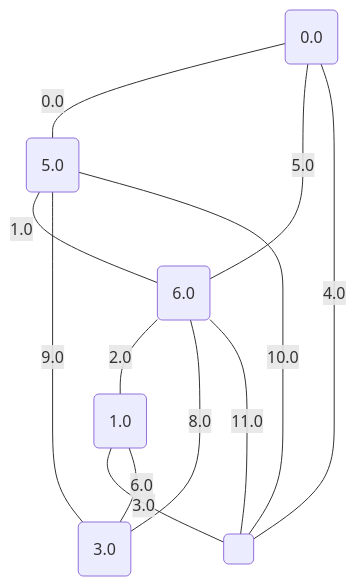
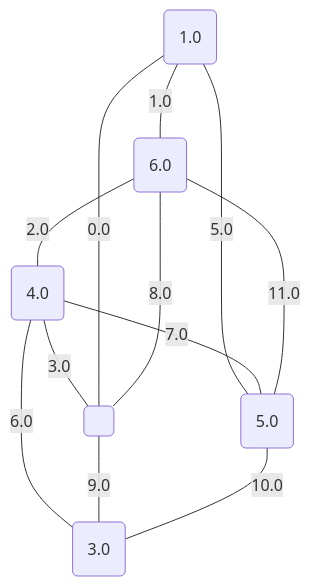
One commit to metury/graphs changed the ninth of 17 diagrams in project/src/testing/minCutPetersen.md. Above: the diagram before and after it, drawn with Mermaid. The commit also changed other lines of this file and 50 other files, not shown here.

````diff
--- a/project/src/testing/minCutPetersen.md
+++ b/project/src/testing/minCutPetersen.md
@@ -243,20 +243,20 @@
 ```mermaid
 graph TD;
-0("0.0");
-1("1.0");
-2("3.0");
+0("1.0");
+1("3.0");
+2("4.0");
 3("5.0");
 4("6.0");
 5(" ");
-	0 -- "0.0" --- 3;
-	3 -- "1.0" --- 4;
-	4 -- "2.0" --- 1;
-	1 -- "3.0" --- 5;
-	5 -- "4.0" --- 0;
-	0 -- "5.0" --- 4;
-	1 -- "6.0" --- 2;
-	4 -- "8.0" --- 2;
-	3 -- "9.0" --- 2;
-	3 -- "10.0" --- 5;
-	4 -- "11.0" --- 5;
+	5 -- "0.0" --- 0;
+	0 -- "1.0" --- 4;
+	4 -- "2.0" --- 2;
+	2 -- "3.0" --- 5;
+	0 -- "5.0" --- 3;
+	2 -- "6.0" --- 1;
+	2 -- "7.0" --- 3;
+	5 -- "8.0" --- 4;
+	5 -- "9.0" --- 1;
+	3 -- "10.0" --- 1;
+	4 -- "11.0" --- 3;
 ```
````
